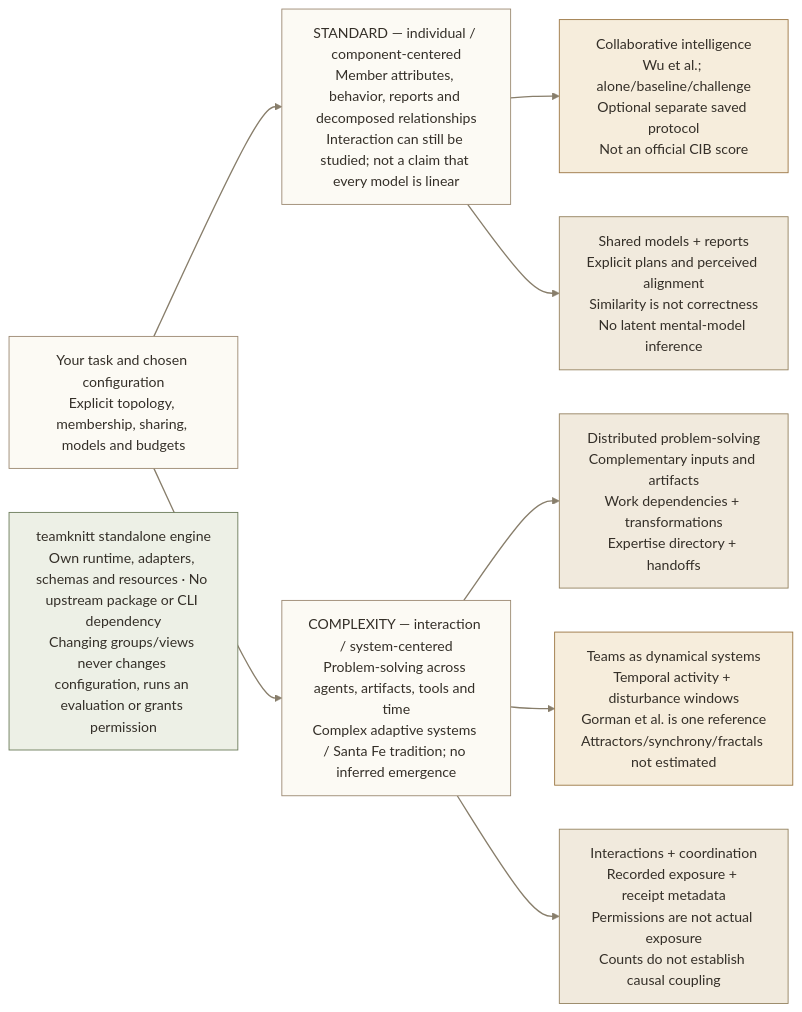
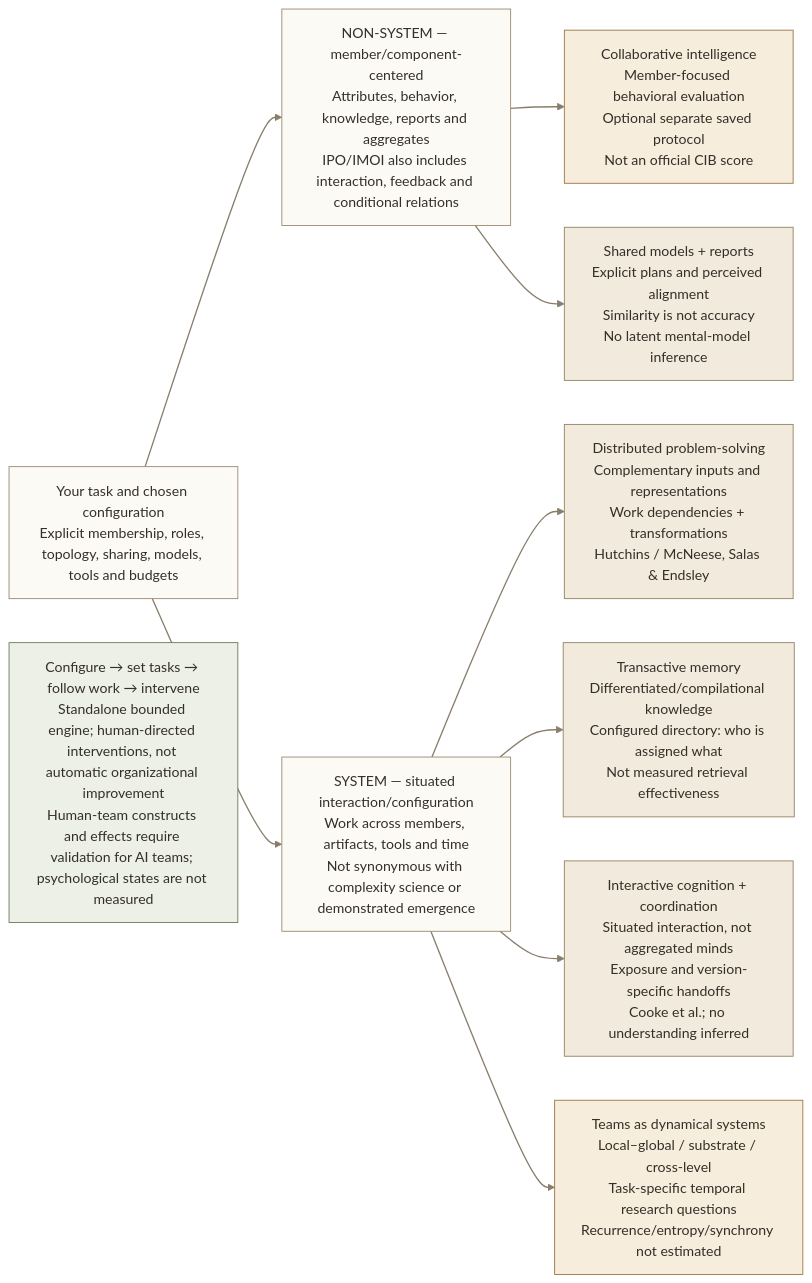
One commit to JeranRolevs/teamknitt changed the diagram in diagrams/15-teamknitt-views.mmd. Above: the diagram before and after it, drawn with Mermaid. The commit also changed 54 other files, not shown here.

First line of the commit message:
Upgrade teamknitt 0.6.0 research views and intervention controls

```diff
--- a/diagrams/15-teamknitt-views.mmd
+++ b/diagrams/15-teamknitt-views.mmd
@@ -1,29 +1,31 @@
 %% Generated from specs.py; 2026-11-09. Current runtime; gray nodes are planned.
 flowchart LR
-    user["Your task and chosen configuration<br/>Explicit topology, membership, sharing, models and budgets"]
-    standard["STANDARD — individual / component-centered<br/>Member attributes, behavior, reports and decomposed relationships<br/>Interaction can still be studied; not a claim that every model is linear"]
-    complexity["COMPLEXITY — interaction / system-centered<br/>Problem-solving across agents, artifacts, tools and time<br/>Complex adaptive systems / Santa Fe tradition; no inferred emergence"]
-    behavior["Collaborative intelligence<br/>Wu et al.; alone/baseline/challenge<br/>Optional separate saved protocol<br/>Not an official CIB score"]
-    models["Shared models + reports<br/>Explicit plans and perceived alignment<br/>Similarity is not correctness<br/>No latent mental-model inference"]
-    distributed["Distributed problem-solving<br/>Complementary inputs and artifacts<br/>Work dependencies + transformations<br/>Expertise directory + handoffs"]
-    dynamics["Teams as dynamical systems<br/>Temporal activity + disturbance windows<br/>Gorman et al. is one reference<br/>Attractors/synchrony/fractals not estimated"]
-    coordination["Interactions + coordination<br/>Recorded exposure + receipt metadata<br/>Permissions are not actual exposure<br/>Counts do not establish causal coupling"]
-    engine["teamknitt standalone engine<br/>Own runtime, adapters, schemas and resources · No upstream package or CLI dependency<br/>Changing groups/views never changes configuration, runs an evaluation or grants permission"]
-    user --> standard
-    user --> complexity
-    standard --> behavior
-    standard --> models
-    complexity --> distributed
-    complexity --> dynamics
-    complexity --> coordination
+    user["Your task and chosen configuration<br/>Explicit membership, roles, topology, sharing, models, tools and budgets"]
+    non_system["NON-SYSTEM — member/component-centered<br/>Attributes, behavior, knowledge, reports and aggregates<br/>IPO/IMOI also includes interaction, feedback and conditional relations"]
+    system["SYSTEM — situated interaction/configuration<br/>Work across members, artifacts, tools and time<br/>Not synonymous with complexity science or demonstrated emergence"]
+    behavior["Collaborative intelligence<br/>Member-focused behavioral evaluation<br/>Optional separate saved protocol<br/>Not an official CIB score"]
+    models["Shared models + reports<br/>Explicit plans and perceived alignment<br/>Similarity is not accuracy<br/>No latent mental-model inference"]
+    distributed["Distributed problem-solving<br/>Complementary inputs and representations<br/>Work dependencies + transformations<br/>Hutchins / McNeese, Salas &amp; Endsley"]
+    transactive["Transactive memory<br/>Differentiated/compilational knowledge<br/>Configured directory: who is assigned what<br/>Not measured retrieval effectiveness"]
+    coordination["Interactive cognition + coordination<br/>Situated interaction, not aggregated minds<br/>Exposure and version-specific handoffs<br/>Cooke et al.; no understanding inferred"]
+    dynamics["Teams as dynamical systems<br/>Local–global / substrate / cross-level<br/>Task-specific temporal research questions<br/>Recurrence/entropy/synchrony not estimated"]
+    engine["Configure → set tasks → follow work → intervene<br/>Standalone bounded engine; human-directed interventions, not automatic organizational improvement<br/>Human-team constructs and effects require validation for AI teams; psychological states are not measured"]
+    user --> non_system
+    user --> system
+    non_system --> behavior
+    non_system --> models
+    system --> distributed
+    system --> transactive
+    system --> coordination
+    system --> dynamics
     classDef artifact fill:#FCFAF4,stroke:#99876F,color:#342F28;
-    class user,standard,complexity artifact;
+    class user,non_system,system artifact;
     classDef llm fill:#E9EEEE,stroke:#5B7580,color:#342F28;
     classDef code fill:#EDF0E6,stroke:#697957,color:#342F28;
     class engine code;
     classDef evidence fill:#F1EADD,stroke:#93805D,color:#342F28;
-    class models,distributed,coordination evidence;
+    class models,distributed,transactive,coordination evidence;
     classDef optional fill:#F6EDDC,stroke:#9A7440,color:#342F28;
     class behavior,dynamics optional;
     classDef future fill:#EEEDE8,stroke:#999389,color:#342F28;
     linkStyle default stroke:#887E6B,stroke-width:1.5px;
```
